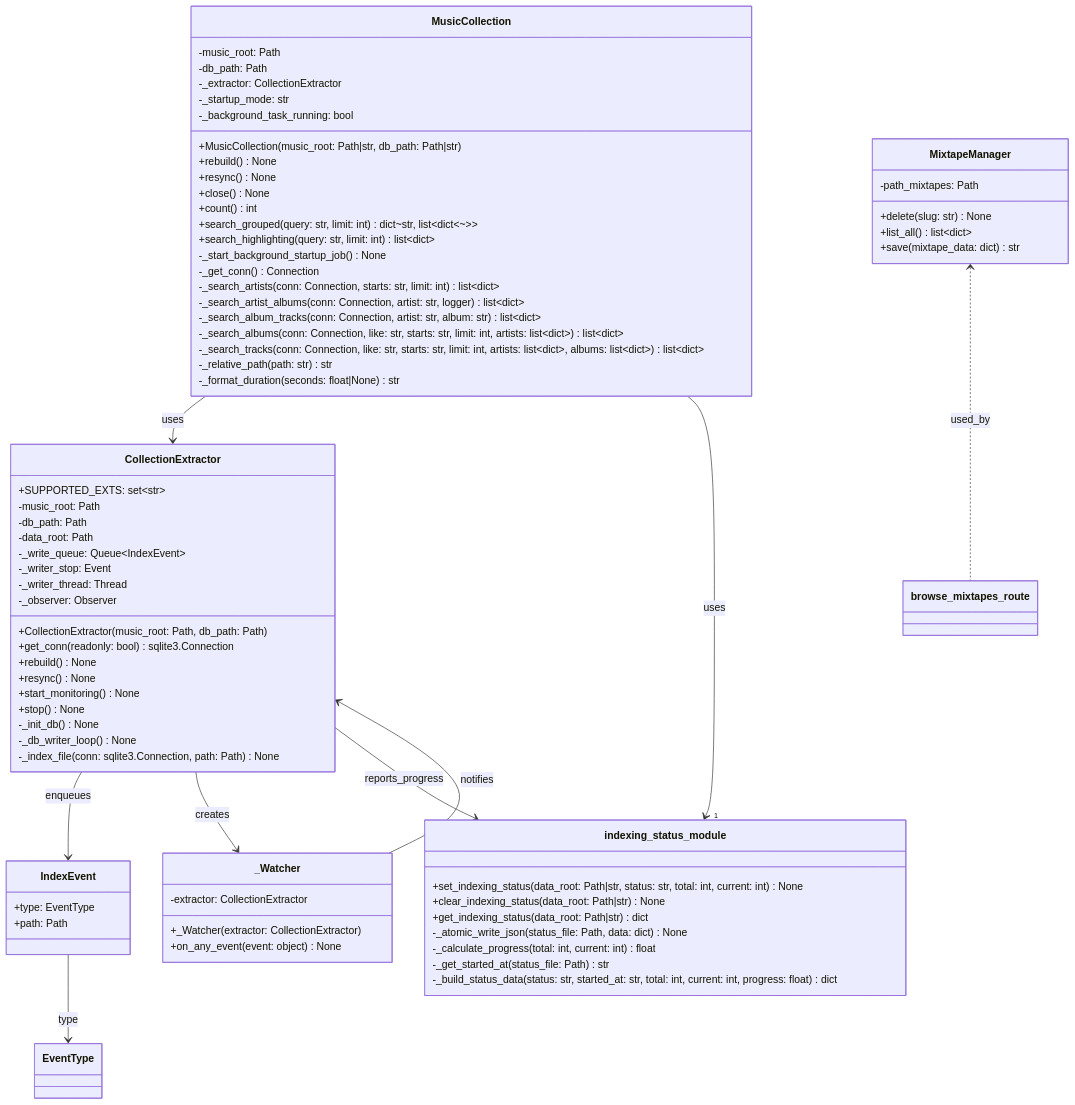
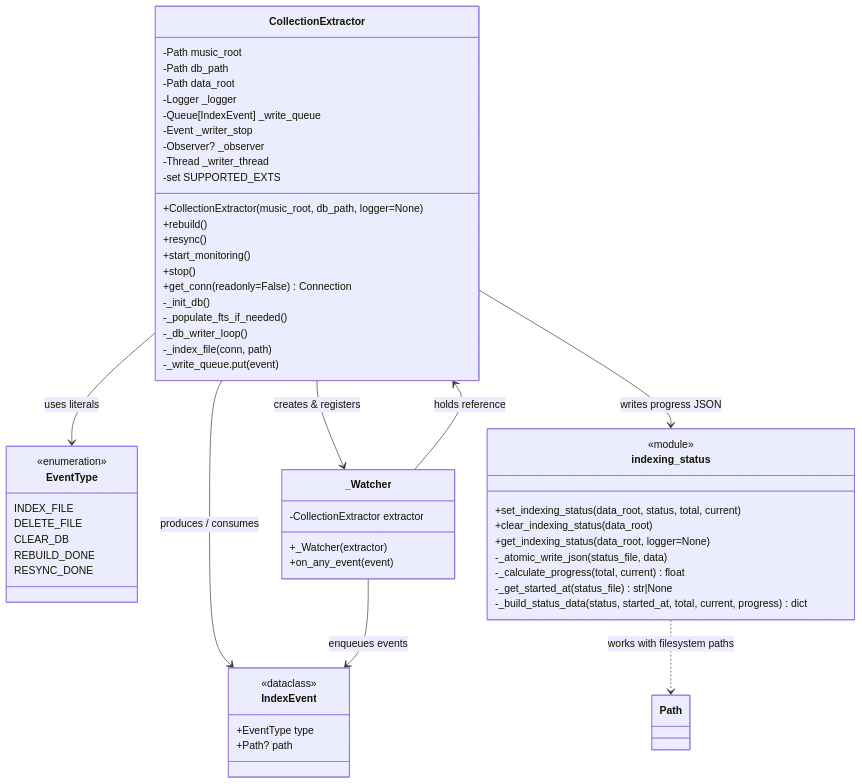
Before and after one commit to mark-me/mixtape-society: the fourth of 4 diagrams in docs/development/musiclib.md, drawn with Mermaid. The commit also changed other lines of this file, not shown here.

````diff
--- a/docs/development/musiclib.md
+++ b/docs/development/musiclib.md
@@ -135,86 +650,70 @@
 ```mermaid
 classDiagram
-    class MusicCollection {
-        -music_root: Path
-        -db_path: Path
-        -_extractor: CollectionExtractor
-        -_startup_mode: str
-        -_background_task_running: bool
-        +MusicCollection(music_root: Path|str, db_path: Path|str)
-        +rebuild() None
-        +resync() None
-        +close() None
-        +count() int
-        +search_grouped(query: str, limit: int) dict~str, list~dict~~~~
-        +search_highlighting(query: str, limit: int) list~dict~
-        -_start_background_startup_job() None
-        -_get_conn() Connection
-        -_search_artists(conn: Connection, starts: str, limit: int) list~dict~
-        -_search_artist_albums(conn: Connection, artist: str, logger) list~dict~
-        -_search_album_tracks(conn: Connection, artist: str, album: str) list~dict~
-        -_search_albums(conn: Connection, like: str, starts: str, limit: int, artists: list~dict~) list~dict~
-        -_search_tracks(conn: Connection, like: str, starts: str, limit: int, artists: list~dict~, albums: list~dict~) list~dict~
-        -_relative_path(path: str) str
-        -_format_duration(seconds: float|None) str
-    }
-
-    class CollectionExtractor {
-        +SUPPORTED_EXTS: set~str~
-        -music_root: Path
-        -db_path: Path
-        -data_root: Path
-        -_write_queue: Queue~IndexEvent~
-        -_writer_stop: Event
-        -_writer_thread: Thread
-        -_observer: Observer
-        +CollectionExtractor(music_root: Path, db_path: Path)
-        +get_conn(readonly: bool) sqlite3.Connection
-        +rebuild() None
-        +resync() None
-        +start_monitoring() None
-        +stop() None
-        -_init_db() None
-        -_db_writer_loop() None
-        -_index_file(conn: sqlite3.Connection, path: Path) None
-    }
-
+    %% ==== Core data types ====
     class IndexEvent {
-        +type: EventType
-        +path: Path
-    }
-
-    class _Watcher {
-        -extractor: CollectionExtractor
-        +_Watcher(extractor: CollectionExtractor)
-        +on_any_event(event: object) None
-    }
-
-    class indexing_status_module {
-        +set_indexing_status(data_root: Path|str, status: str, total: int, current: int) None
-        +clear_indexing_status(data_root: Path|str) None
-        +get_indexing_status(data_root: Path|str) dict
-        -_atomic_write_json(status_file: Path, data: dict) None
-        -_calculate_progress(total: int, current: int) float
-        -_get_started_at(status_file: Path) str
-        -_build_status_data(status: str, started_at: str, total: int, current: int, progress: float) dict
-    }
-
-    class MixtapeManager {
-        -path_mixtapes: Path
-        +delete(slug: str) None
-        +list_all() list~dict~
-        +save(mixtape_data: dict) str
+        <<dataclass>>
+        +EventType type
+        +Path? path
     }
 
     class EventType {
+        <<enumeration>>
+        INDEX_FILE
+        DELETE_FILE
+        CLEAR_DB
+        REBUILD_DONE
+        RESYNC_DONE
     }
 
-    MusicCollection --> CollectionExtractor : uses
-    MusicCollection --> "1" indexing_status_module : uses
-    CollectionExtractor --> IndexEvent : enqueues
-    CollectionExtractor --> _Watcher : creates
-    _Watcher --> CollectionExtractor : notifies
-    CollectionExtractor --> indexing_status_module : reports_progress
-    MixtapeManager <.. browse_mixtapes_route : used_by
-    IndexEvent --> EventType : type
+    %% ==== CollectionExtractor (main engine) ====
+    class CollectionExtractor {
+        -Path music_root
+        -Path db_path
+        -Path data_root
+        -Logger _logger
+        -Queue[IndexEvent] _write_queue
+        -Event _writer_stop
+        -Observer? _observer
+        -Thread _writer_thread
+        -set SUPPORTED_EXTS
+        +CollectionExtractor(music_root, db_path, logger=None)
+        +rebuild()
+        +resync()
+        +start_monitoring()
+        +stop()
+        +get_conn(readonly=False) Connection
+        -_init_db()
+        -_populate_fts_if_needed()
+        -_db_writer_loop()
+        -_index_file(conn, path)
+        -_write_queue.put(event)
+    }
+
+    %% ==== _Watcher (filesystem event handler) ====
+    class _Watcher {
+        -CollectionExtractor extractor
+        +_Watcher(extractor)
+        +on_any_event(event)
+    }
+
+    %% ==== Indexing status helpers (module-level functions) ====
+    class indexing_status {
+        <<module>>
+        +set_indexing_status(data_root, status, total, current)
+        +clear_indexing_status(data_root)
+        +get_indexing_status(data_root, logger=None)
+        -_atomic_write_json(status_file, data)
+        -_calculate_progress(total, current) float
+        -_get_started_at(status_file) str|None
+        -_build_status_data(status, started_at, total, current, progress) dict
+    }
+
+    %% ==== Relationships ====
+    CollectionExtractor --> IndexEvent : produces / consumes
+    CollectionExtractor --> EventType : uses literals
+    CollectionExtractor --> _Watcher : creates & registers
+    CollectionExtractor --> indexing_status : writes progress JSON
+    _Watcher --> IndexEvent : enqueues events
+    _Watcher --> CollectionExtractor : holds reference
+    indexing_status ..> Path : works with filesystem paths
 ```
````
